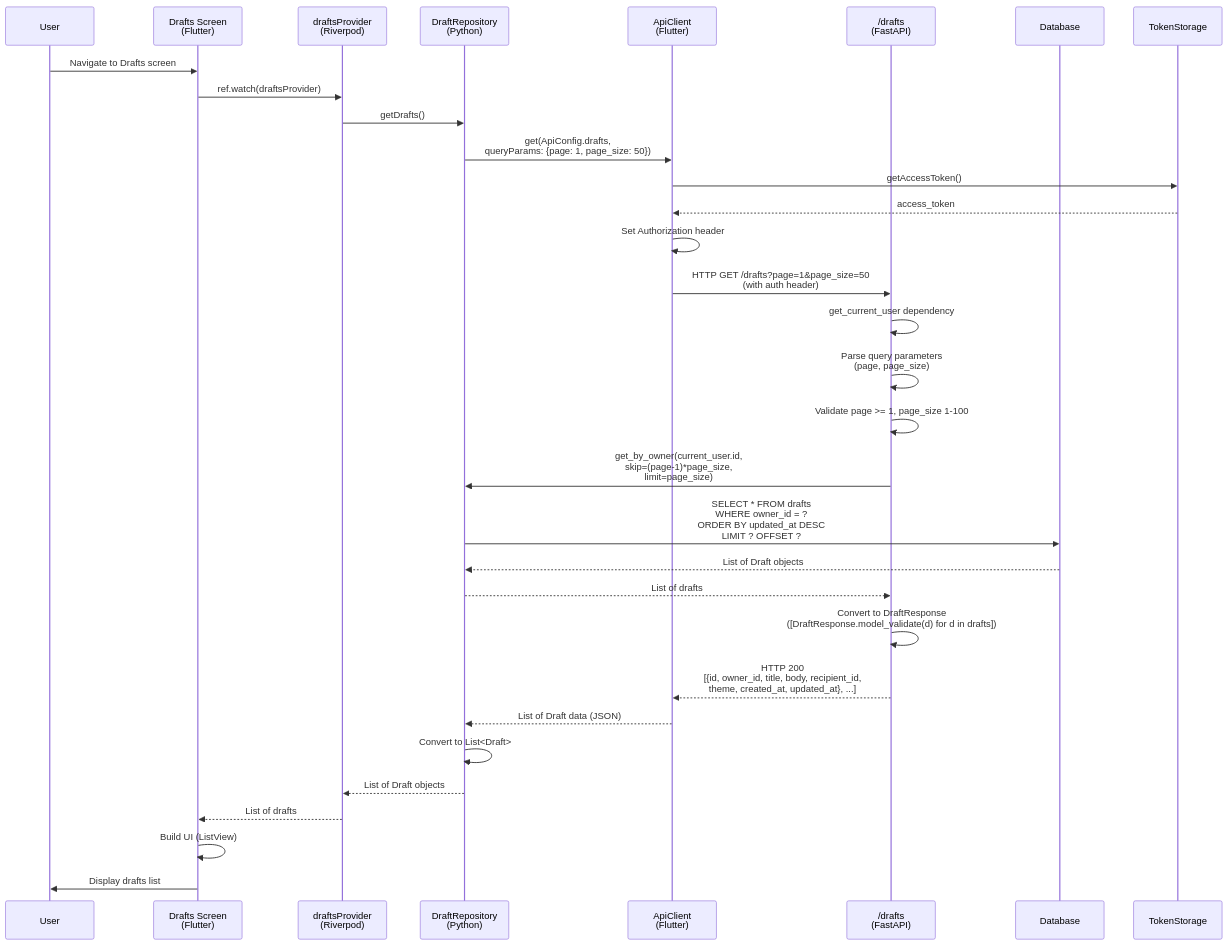
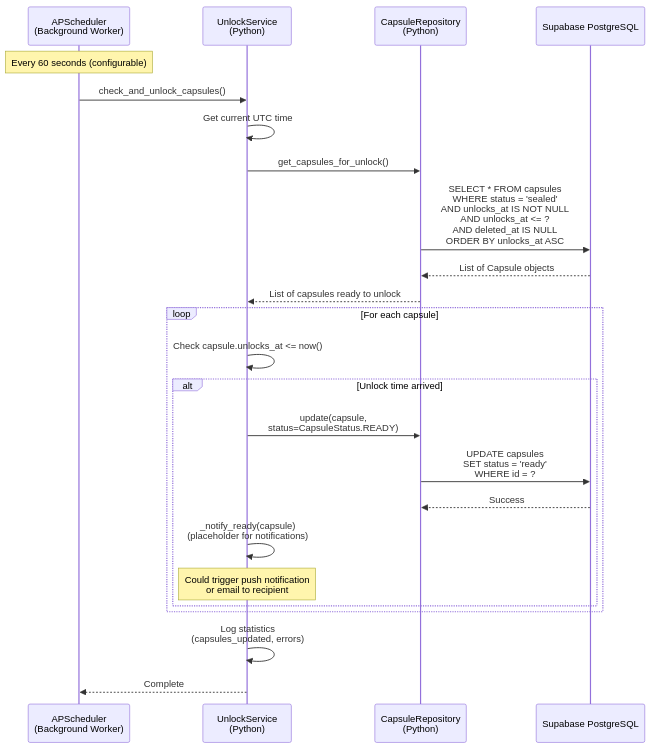
Diagram 15 of 20 in docs/SEQUENCE_DIAGRAMS.md (sunilkumarvuppala/open-on-app), drawn with Mermaid before and after one commit. The commit also changed other lines of this file and 64 other files, not shown here.

````diff
--- a/docs/SEQUENCE_DIAGRAMS.md
+++ b/docs/SEQUENCE_DIAGRAMS.md
@@ -1275,38 +1235,32 @@
 ```mermaid
 sequenceDiagram
-    participant User
-    participant DraftsScreen as Drafts Screen<br/>(Flutter)
-    participant Provider as draftsProvider<br/>(Riverpod)
-    participant DraftRepo as DraftRepository<br/>(Flutter)
-    participant ApiClient as ApiClient<br/>(Flutter)
-    participant DraftAPI as /drafts<br/>(FastAPI)
-    participant DraftRepo as DraftRepository<br/>(Python)
-    participant DB as Database
+    participant Scheduler as APScheduler<br/>(Background Worker)
+    participant UnlockService as UnlockService<br/>(Python)
+    participant CapsuleRepo as CapsuleRepository<br/>(Python)
+    participant DB as Supabase PostgreSQL
 
-    User->>DraftsScreen: Navigate to Drafts screen
-    DraftsScreen->>Provider: ref.watch(draftsProvider)
-    Provider->>DraftRepo: getDrafts()
-    DraftRepo->>ApiClient: get(ApiConfig.drafts,<br/>queryParams: {page: 1, page_size: 50})
-    ApiClient->>TokenStorage: getAccessToken()
-    TokenStorage-->>ApiClient: access_token
-    ApiClient->>ApiClient: Set Authorization header
-    ApiClient->>DraftAPI: HTTP GET /drafts?page=1&page_size=50<br/>(with auth header)
+    Note over Scheduler: Every 60 seconds (configurable)
     
-    DraftAPI->>DraftAPI: get_current_user dependency
-    DraftAPI->>DraftAPI: Parse query parameters<br/>(page, page_size)
-    DraftAPI->>DraftAPI: Validate page >= 1, page_size 1-100
-    DraftAPI->>DraftRepo: get_by_owner(current_user.id,<br/>skip=(page-1)*page_size,<br/>limit=page_size)
-    DraftRepo->>DB: SELECT * FROM drafts<br/>WHERE owner_id = ?<br/>ORDER BY updated_at DESC<br/>LIMIT ? OFFSET ?
-    DB-->>DraftRepo: List of Draft objects
-    DraftRepo-->>DraftAPI: List of drafts
+    Scheduler->>UnlockService: check_and_unlock_capsules()
+    UnlockService->>UnlockService: Get current UTC time
+    UnlockService->>CapsuleRepo: get_capsules_for_unlock()
+    CapsuleRepo->>DB: SELECT * FROM capsules<br/>WHERE status = 'sealed'<br/>AND unlocks_at IS NOT NULL<br/>AND unlocks_at <= ?<br/>AND deleted_at IS NULL<br/>ORDER BY unlocks_at ASC
+    DB-->>CapsuleRepo: List of Capsule objects
+    CapsuleRepo-->>UnlockService: List of capsules ready to unlock
     
-    DraftAPI->>DraftAPI: Convert to DraftResponse<br/>([DraftResponse.model_validate(d) for d in drafts])
-    DraftAPI-->>ApiClient: HTTP 200<br/>[{id, owner_id, title, body, recipient_id,<br/>theme, created_at, updated_at}, ...]
+    loop For each capsule
+        UnlockService->>UnlockService: Check capsule.unlocks_at <= now()
+            
+            alt Unlock time arrived
+            UnlockService->>CapsuleRepo: update(capsule,<br/>status=CapsuleStatus.READY)
+            CapsuleRepo->>DB: UPDATE capsules<br/>SET status = 'ready'<br/>WHERE id = ?
+                DB-->>CapsuleRepo: Success
+            
+                UnlockService->>UnlockService: _notify_ready(capsule)<br/>(placeholder for notifications)
+            Note over UnlockService: Could trigger push notification<br/>or email to recipient
+        end
+    end
     
-    ApiClient-->>DraftRepo: List of Draft data (JSON)
-    DraftRepo->>DraftRepo: Convert to List<Draft>
-    DraftRepo-->>Provider: List of Draft objects
-    Provider-->>DraftsScreen: List of drafts
-    DraftsScreen->>DraftsScreen: Build UI (ListView)
-    DraftsScreen->>User: Display drafts list
+    UnlockService->>UnlockService: Log statistics<br/>(capsules_updated, errors)
+    UnlockService-->>Scheduler: Complete
 ```
````
